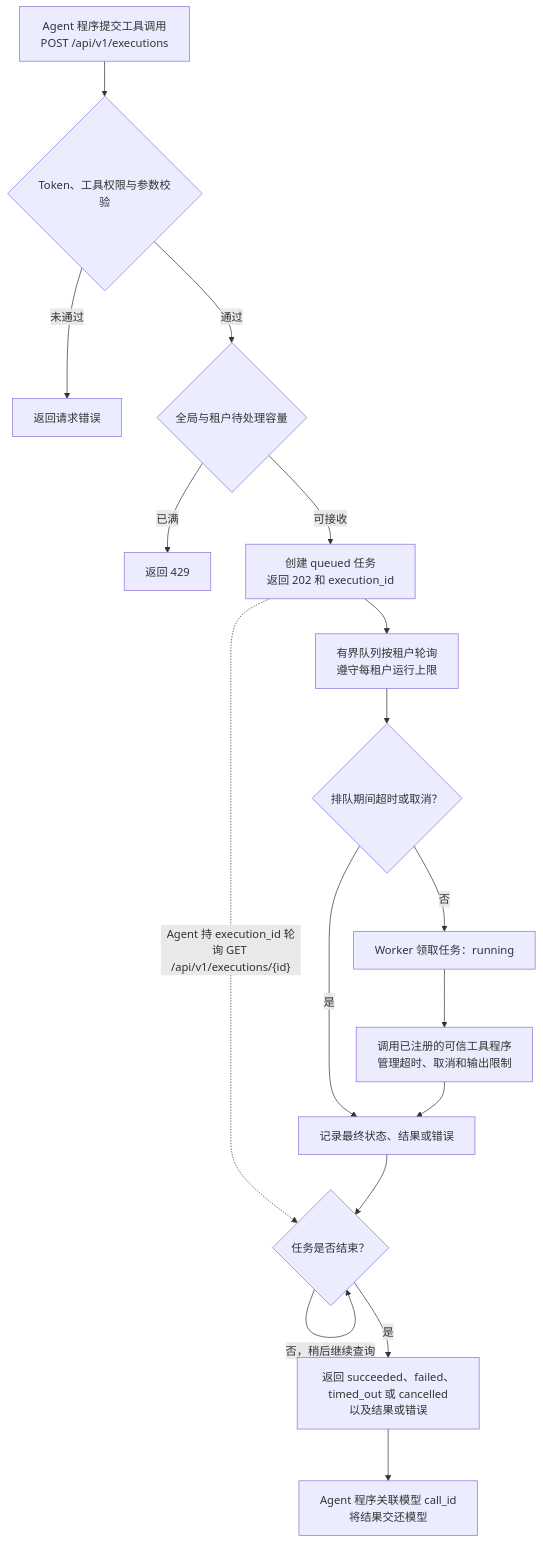
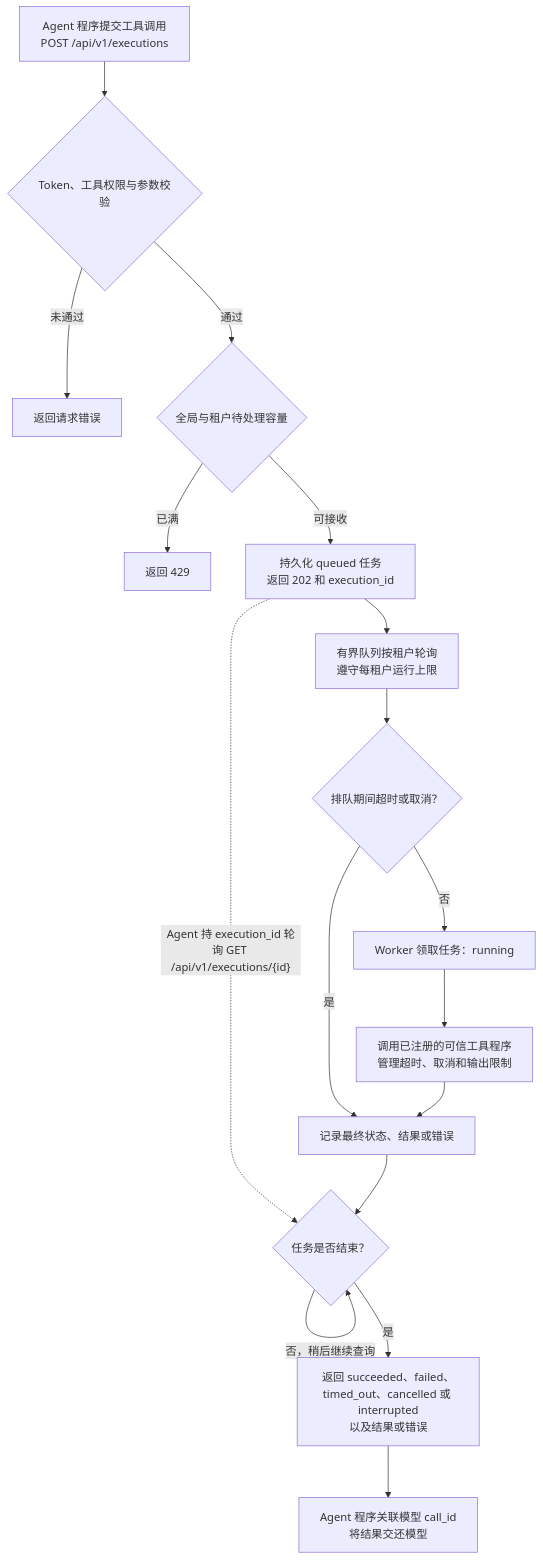
Before and after one commit to haonox/toolane: the second of 2 diagrams in README.md, drawn with Mermaid. The commit also changed other lines of this file and 9 other files, not shown here.

Commit message:
feat: persist execution lifecycle and recover queued work

````diff
--- a/README.md
+++ b/README.md
@@ -41,19 +41,19 @@
 ```mermaid
 flowchart TD
     A["Agent 程序提交工具调用<br/>POST /api/v1/executions"] --> B{"Token、工具权限与参数校验"}
     B -- 未通过 --> R1["返回请求错误"]
     B -- 通过 --> C{"全局与租户待处理容量"}
     C -- 已满 --> R2["返回 429"]
-    C -- 可接收 --> D["创建 queued 任务<br/>返回 202 和 execution_id"]
+    C -- 可接收 --> D["持久化 queued 任务<br/>返回 202 和 execution_id"]
     D --> E["有界队列按租户轮询<br/>遵守每租户运行上限"]
     E --> F{"排队期间超时或取消？"}
     F -- 是 --> I["记录最终状态、结果或错误"]
     F -- 否 --> G["Worker 领取任务：running"]
     G --> H["调用已注册的可信工具程序<br/>管理超时、取消和输出限制"]
     H --> I
     D -. "Agent 持 execution_id 轮询 GET /api/v1/executions/{id}" .-> J{"任务是否结束？"}
     I --> J
     J -- 否，稍后继续查询 --> J
-    J -- 是 --> K["返回 succeeded、failed、timed_out 或 cancelled<br/>以及结果或错误"]
+    J -- 是 --> K["返回 succeeded、failed、timed_out、cancelled 或 interrupted<br/>以及结果或错误"]
     K --> L["Agent 程序关联模型 call_id<br/>将结果交还模型"]
 ```
````
